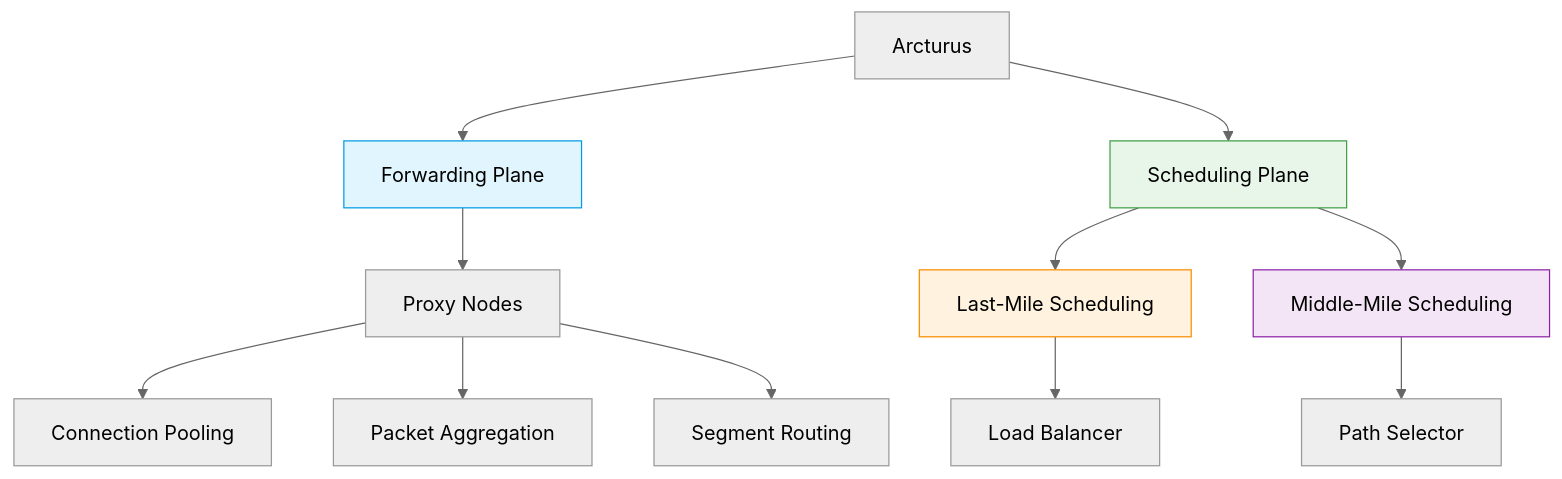
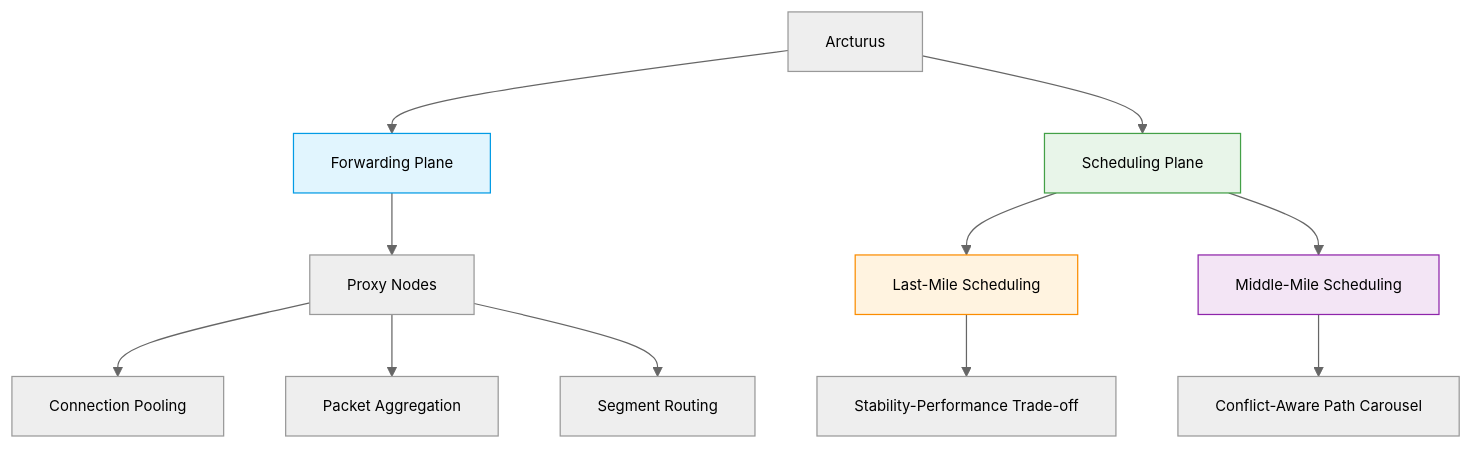
Before and after one commit to Bootes2022/Arcturus: the diagram in README.md, drawn with Mermaid (neutral theme).

````diff
--- a/README.md
+++ b/README.md
@@ -25,24 +25,27 @@
 ```mermaid
 graph TD
     %% ===== Core System =====
     A[Arcturus] --> B[Forwarding Plane]
     A --> C[Scheduling Plane]
     
     %% ===== Forwarding Components =====
     B --> D[Proxy Nodes]
     D --> E[Connection Pooling]
     D --> F[Packet Aggregation]
     D --> G[Segment Routing]
     
     %% ===== Scheduling Components =====
     C --> H[Last-Mile Scheduling]
     C --> I[Middle-Mile Scheduling]
-    H --> J[Load Balancer]
-    I --> K[Path Selector]
+    H --> J[Stability-Performance Trade-off]
+    I --> K[Conflict-Aware Path Carousel]
     
     %% ===== Styling =====
     style B fill:#e1f5fe,stroke:#039be5
     style C fill:#e8f5e9,stroke:#43a047
     style H fill:#fff3e0,stroke:#fb8c00
     style I fill:#f3e5f5,stroke:#8e24aa
+    %% Adjust font size for better readability
+    classDef default font-size:12px;
+    class A,B,C,D,E,F,G,H,I,J,K default;
 ```
````
